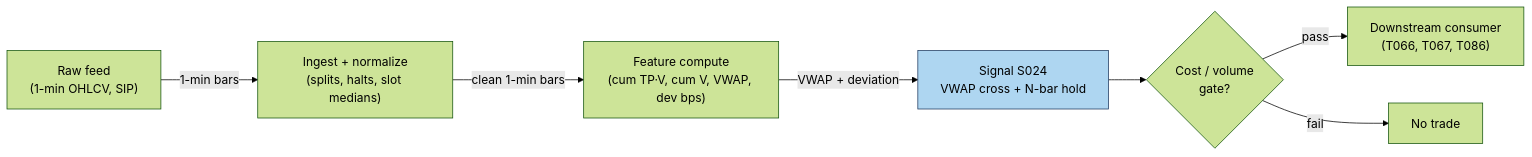
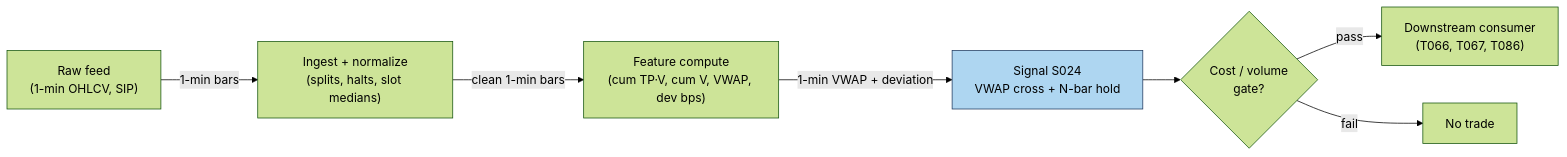
One commit to praveenguptahcl/quant-signals-deep changed the diagram in batches/SB1/S024.md. Above: the diagram before and after it, drawn with Mermaid (forest theme). The commit also changed other lines of this file and 367 other files, not shown here.

````diff
--- a/batches/SB1/S024.md
+++ b/batches/SB1/S024.md
@@ -193,10 +191,10 @@
 ```mermaid
 flowchart LR
     FEED["Raw feed\n(1-min OHLCV, SIP)"] -->|"1-min bars"| ING["Ingest + normalize\n(splits, halts, slot medians)"]
     ING -->|"clean 1-min bars"| FEAT["Feature compute\n(cum TP·V, cum V, VWAP, dev bps)"]
-    FEAT -->|"VWAP + deviation"| SIG["Signal S024\nVWAP cross + N-bar hold"]
+    FEAT -->|"1-min VWAP + deviation"| SIG["Signal S024\nVWAP cross + N-bar hold"]
     SIG --> GATE{"Cost / volume\ngate?"}
     GATE -->|pass| OUT["Downstream consumer\n(T066, T067, T086)"]
     GATE -->|fail| DROP["No trade"]
     style SIG fill:#aed6f1,stroke:#1f3a5f
 ```
````
